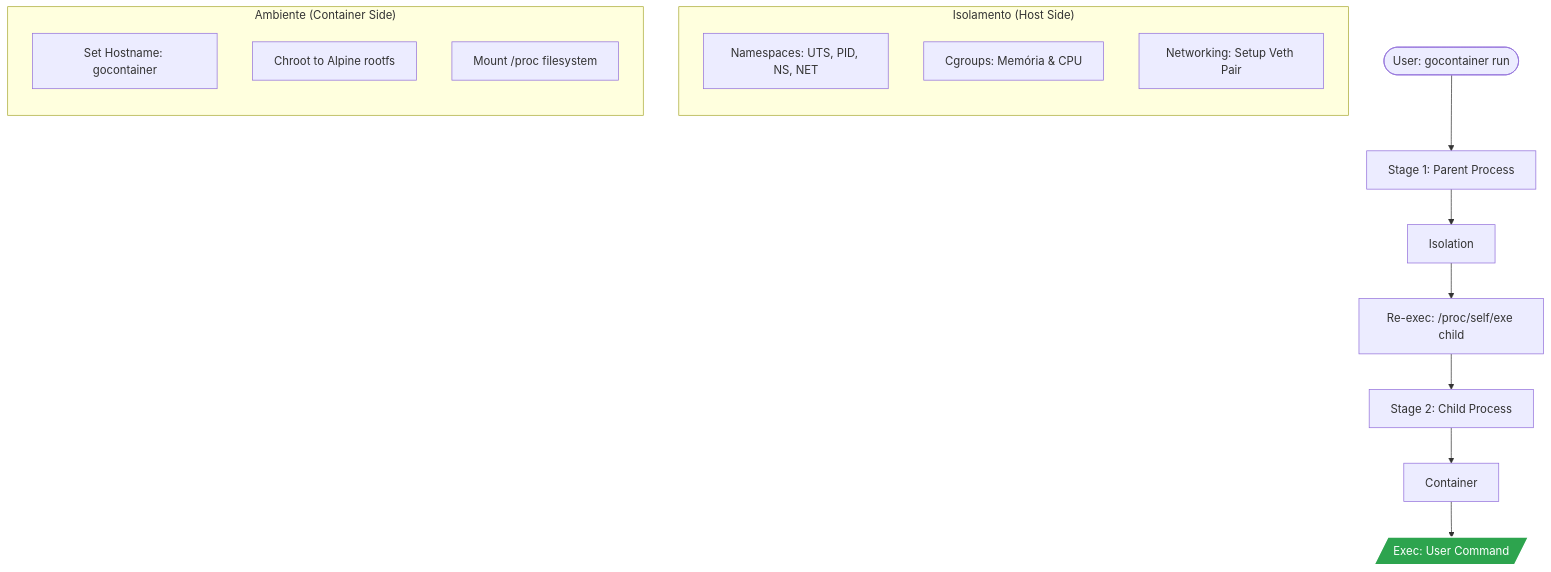
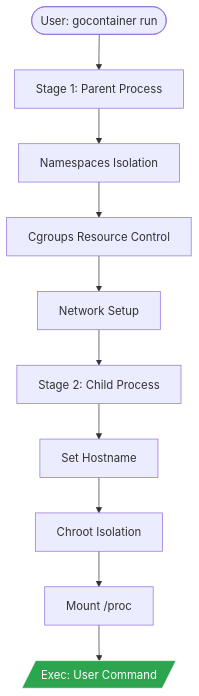
One commit to ESousa97/gocontainerruntime changed the diagram in README.md. Above: the diagram before and after it, drawn with Mermaid.

Commit message:
docs: center architecture diagram for better aesthetics

````diff
--- a/README.md
+++ b/README.md
@@ -76,27 +78,18 @@
 ```mermaid
 graph TD
     Start([User: gocontainer run]) --> Parent[Stage 1: Parent Process]
+    
+    Parent --> NS[Namespaces Isolation]
+    NS --> CG[Cgroups Resource Control]
+    CG --> Net[Network Setup]
+    
+    Net --> Child[Stage 2: Child Process]
+    
+    Child --> Host[Set Hostname]
+    Host --> Chroot[Chroot Isolation]
+    Chroot --> Mount[Mount /proc]
+    
+    Mount --> Final[/Exec: User Command/]
 
-    subgraph "Isolamento (Host Side)"
-        direction TB
-        NS[Namespaces: UTS, PID, NS, NET]
-        CG[Cgroups: Memória & CPU]
-        Veth[Networking: Setup Veth Pair]
-    end
-
-    Parent --> Isolation
-    Isolation --> Reexec[Re-exec: /proc/self/exe child]
-    Reexec --> Child[Stage 2: Child Process]
-
-    subgraph "Ambiente (Container Side)"
-        direction TB
-        Host[Set Hostname: gocontainer]
-        Root[Chroot to Alpine rootfs]
-        Mount[Mount /proc filesystem]
-    end
-
-    Child --> Container
-    Container --> Final[/Exec: User Command/]
-
-    style Final fill:#2da44e,stroke:#fff,stroke-width:2px,color:#fff
+    style Final fill:#2da44e,stroke:#fff,stroke-width:1px,color:#fff
 ```
````
